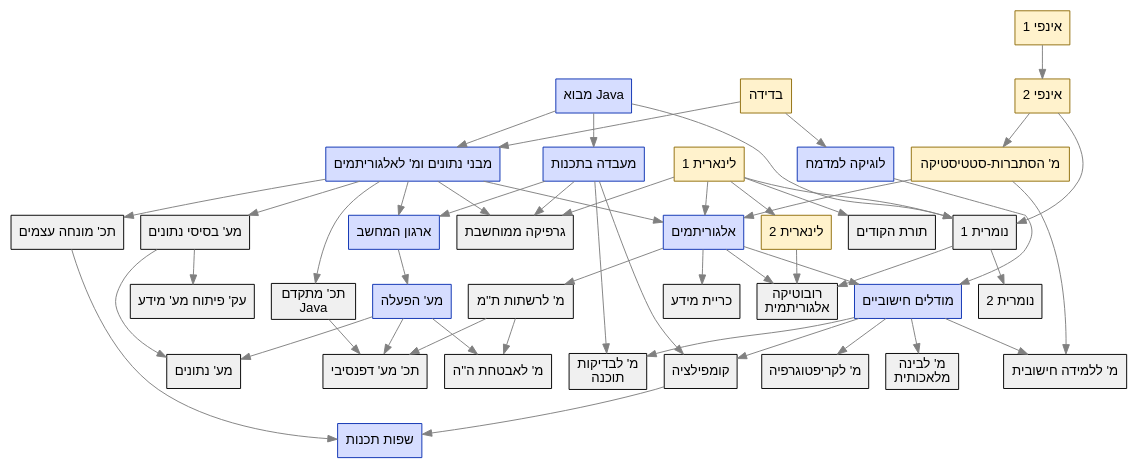
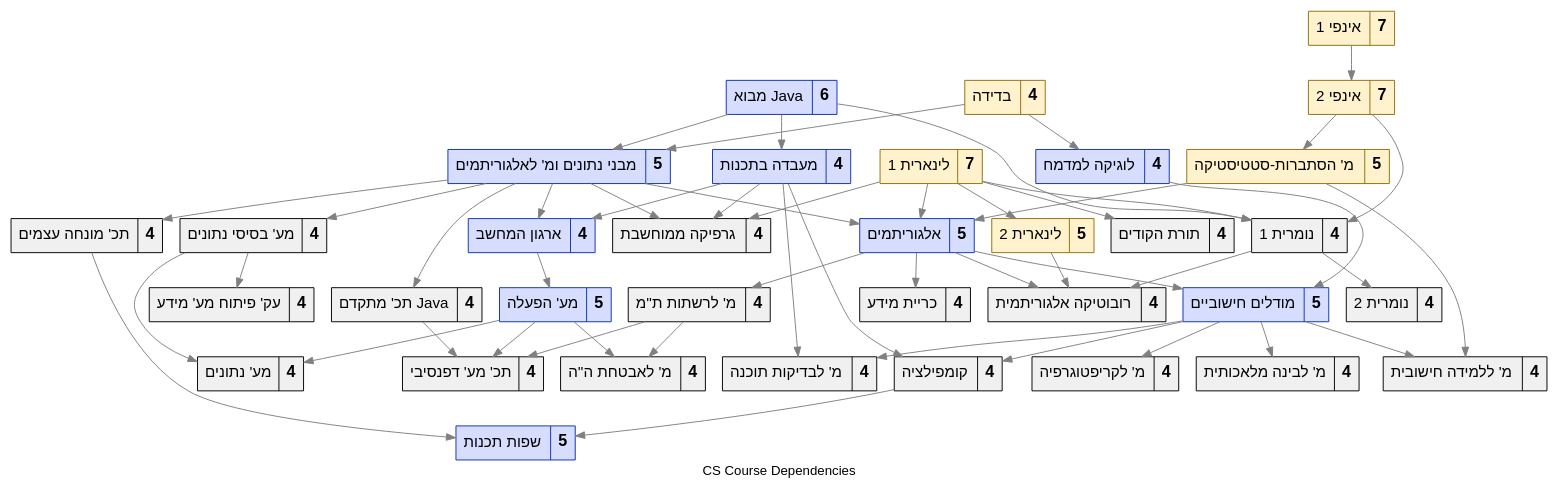
One commit to adielBm/cs-course-dependencies changed the diagram in diagram.dot. Above: the diagram before and after it, drawn with Graphviz. The commit also changed 4 other files, not shown here.

```diff
--- a/diagram.dot
+++ b/diagram.dot
@@ -1,97 +1,101 @@
-digraph CoursesDiagram {
+digraph CS_Course_Dependencies {
     rankdir=TD;
-    node [shape=box, style="filled",fontname="Arial"];
+   label="CS Course Dependencies";
+   fontname="Arial";
+   tooltip=" " ;
+   URL="https://github.com/adielbm/CS-Course-Dependencies" ;
+    node [shape=box, style="filled",fontname="Arial" , fontsize=16];
     edge [color="gray", penwidth=1];
 
     // Math courses
-    node [fillcolor="#FFF2CC", color="#916f0c"];
-    "20476" [label="בדידה", URL="https://www.openu.ac.il/courses/20476.htm"];
-    "20474" [label="אינפי 1", URL="https://www.openu.ac.il/courses/20474.htm"];
-    "20475" [label="אינפי 2", URL="https://www.openu.ac.il/courses/20475.htm"];
-    "20109" [label="לינארית 1", URL="https://www.openu.ac.il/courses/20109.htm"];
-    "20229" [label="לינארית 2", URL="https://www.openu.ac.il/courses/20229.htm"];
-    "20425" [label="מ' הסתברות-סטטיסטיקה ", URL="https://www.openu.ac.il/courses/20425.htm"];
+    node [fillcolor="#FFF2CC", color="#916f0c", shape=record];
+    "20476" [tooltip="20476" label=<בדידה| <font POINT-SIZE="17"><b>4</b></font>>, URL="https://www.openu.ac.il/courses/20476.htm"];
+    "20474" [tooltip="20474" label=<אינפי 1| <font POINT-SIZE="17"><b>7</b></font>>, URL="https://www.openu.ac.il/courses/20474.htm"];
+    "20475" [tooltip="20475" label=<אינפי 2| <font POINT-SIZE="17"><b>7</b></font>>, URL="https://www.openu.ac.il/courses/20475.htm"];
+    "20109" [tooltip="20109" label=<לינארית 1| <font POINT-SIZE="17"><b>7</b></font>>, URL="https://www.openu.ac.il/courses/20109.htm"];
+    "20229" [tooltip="20229" label=<לינארית 2| <font POINT-SIZE="17"><b>5</b></font>>, URL="https://www.openu.ac.il/courses/20229.htm"];
+    "20425" [tooltip="20425" label=<מ' הסתברות-סטטיסטיקה| <font POINT-SIZE="17"><b>5</b></font>>, URL="https://www.openu.ac.il/courses/20425.htm"];
 
-    // CS courses
-    node [fillcolor="#d6ddff", color="#0D32B2"];
-    "20407" [label="מבני נתונים ומ' לאלגוריתמים", URL="https://www.openu.ac.il/courses/20407.htm"];
-    "20905" [label="שפות תכנות", URL="https://www.openu.ac.il/courses/20905.htm"];
-    "20471" [label="ארגון המחשב", URL="https://www.openu.ac.il/courses/20471.htm"];
-    "20441" [label="מבוא Java", URL="https://www.openu.ac.il/courses/20441.htm"];
-    "20465" [label="מעבדה בתכנות", URL="https://www.openu.ac.il/courses/20465.htm",    ];    
-    "20417" [label="אלגוריתמים", URL="https://www.openu.ac.il/courses/20417.htm"];
-    "20604" [label="מודלים חישוביים", URL="https://www.openu.ac.il/courses/20604.htm"];
-    "20466" [label="לוגיקה למדמח", URL="https://www.openu.ac.il/courses/20466.htm"];
-    "20594" [label="מע' הפעלה", URL="https://www.openu.ac.il/courses/20594.htm"];
+    // Cs courses
+    node [fillcolor="#d6ddff", color="#0D32B2", shape=record];
+    "20407" [tooltip="20407" label=<מבני נתונים ומ' לאלגוריתמים| <font POINT-SIZE="17"><b>5</b></font>>, URL="https://www.openu.ac.il/courses/20407.htm"];
+    "20905" [tooltip="20905" label=<שפות תכנות| <font POINT-SIZE="17"><b>5</b></font>>, URL="https://www.openu.ac.il/courses/20905.htm"];
+    "20471" [tooltip="20471" label=<ארגון המחשב| <font POINT-SIZE="17"><b>4</b></font>>, URL="https://www.openu.ac.il/courses/20471.htm"];
+    "20441" [tooltip="20441" label=<מבוא Java| <font POINT-SIZE="17"><b>6</b></font>>, URL="https://www.openu.ac.il/courses/20441.htm"];
+    "20465" [tooltip="20465" label=<מעבדה בתכנות| <font POINT-SIZE="17"><b>4</b></font>>, URL="https://www.openu.ac.il/courses/20465.htm"];
+    "20417" [tooltip="20417" label=<אלגוריתמים| <font POINT-SIZE="17"><b>5</b></font>>, URL="https://www.openu.ac.il/courses/20417.htm"];
+    "20604" [tooltip="20604" label=<מודלים חישוביים| <font POINT-SIZE="17"><b>5</b></font>>, URL="https://www.openu.ac.il/courses/20604.htm"];
+    "20466" [tooltip="20466" label=<לוגיקה למדמח| <font POINT-SIZE="17"><b>4</b></font>>, URL="https://www.openu.ac.il/courses/20466.htm"];
+    "20594" [tooltip="20594" label=<מע' הפעלה| <font POINT-SIZE="17"><b>5</b></font>>, URL="https://www.openu.ac.il/courses/20594.htm"];
 
     // Elective courses
-    node [fillcolor="#f0f0f0", color="black"];
-    "20940" [label="מ' לאבטחת ה''ה", URL="https://www.openu.ac.il/courses/20940.htm"];
-    "20595" [label="כריית מידע", URL="https://www.openu.ac.il/courses/20595.htm"];
-    "20946" [label="מ' לבדיקות\nתוכנה", URL="https://www.openu.ac.il/courses/20946.htm"];
-    "20296" [label="תורת הקודים", URL="https://www.openu.ac.il/courses/20296.htm"];
-    "20551" [label="מ' לבינה\nמלאכותית", URL="https://www.openu.ac.il/courses/20551.htm"];
-    "20942" [label="מ' ללמידה חישובית", URL="https://www.openu.ac.il/courses/20942.htm"];
-    "20277" [label="מע' בסיסי נתונים", URL="https://www.openu.ac.il/courses/20277.htm"];
-    "20582" [label="מ' לרשתות ת''מ", URL="https://www.openu.ac.il/courses/20582.htm"];
-    "20944" [label="רובוטיקה\nאלגוריתמית", URL="https://www.openu.ac.il/courses/20944.htm"];
-    "20554" [label="תכ' מתקדם \n Java", URL="https://www.openu.ac.il/courses/20554.htm"];
-    "20462" [label="נומרית 1", URL="https://www.openu.ac.il/courses/20462.htm"];
-    "20900" [label="נומרית 2", URL="https://www.openu.ac.il/courses/20900.htm"];
-    "20937" [label="תכ' מע' דפנסיבי", URL="https://www.openu.ac.il/courses/20937.htm"];
-    "20562" [label="גרפיקה ממוחשבת", URL="https://www.openu.ac.il/courses/20562.htm"];
-    "20580" [label="מ' לקריפטוגרפיה", URL="https://www.openu.ac.il/courses/20580.htm"];
-    "20436" [label="עק' פיתוח מע' מידע", URL="https://www.openu.ac.il/courses/20436.htm"];
-    "20906" [label="תכ' מונחה עצמים", URL="https://www.openu.ac.il/courses/20906.htm"];
-    "20364" [label="קומפילציה", URL="https://www.openu.ac.il/courses/20364.htm"];
-    "20574" [label="מע' נתונים", URL="https://www.openu.ac.il/courses/20574.htm"];
-
-    // Edges
+    node [fillcolor="#f0f0f0", color="black", shape=record];
+    "20940" [tooltip="20940" label=<מ' לאבטחת ה''ה| <font POINT-SIZE="17"><b>4</b></font>>, URL="https://www.openu.ac.il/courses/20940.htm"];
+    "20595" [tooltip="20595" label=<כריית מידע| <font POINT-SIZE="17"><b>4</b></font>>, URL="https://www.openu.ac.il/courses/20595.htm"];
+    "20946" [tooltip="20946" label=<מ' לבדיקות תוכנה| <font POINT-SIZE="17"><b>4</b></font>>, URL="https://www.openu.ac.il/courses/20946.htm"];
+    "20296" [tooltip="20296" label=<תורת הקודים| <font POINT-SIZE="17"><b>4</b></font>>, URL="https://www.openu.ac.il/courses/20296.htm"];
+    "20551" [tooltip="20551" label=<מ' לבינה מלאכותית| <font POINT-SIZE="17"><b>4</b></font>>, URL="https://www.openu.ac.il/courses/20551.htm"];
+    "20942" [tooltip="20942" label=<מ' ללמידה חישובית| <font POINT-SIZE="17"><b>4</b></font>>, URL="https://www.openu.ac.il/courses/20942.htm"];
+    "20277" [tooltip="20277" label=<מע' בסיסי נתונים| <font POINT-SIZE="17"><b>4</b></font>>, URL="https://www.openu.ac.il/courses/20277.htm"];
+    "20582" [tooltip="20582" label=<מ' לרשתות ת''מ| <font POINT-SIZE="17"><b>4</b></font>>, URL="https://www.openu.ac.il/courses/20582.htm"];
+    "20944" [tooltip="20944" label=<רובוטיקה אלגוריתמית| <font POINT-SIZE="17"><b>4</b></font>>, URL="https://www.openu.ac.il/courses/20944.htm"];
+    "20554" [tooltip="20554" label=<תכ' מתקדם Java| <font POINT-SIZE="17"><b>4</b></font>>, URL="https://www.openu.ac.il/courses/20554.htm"];
+    "20462" [tooltip="20462" label=<נומרית 1| <font POINT-SIZE="17"><b>4</b></font>>, URL="https://www.openu.ac.il/courses/20462.htm"];
+    "20900" [tooltip="20900" label=<נומרית 2| <font POINT-SIZE="17"><b>4</b></font>>, URL="https://www.openu.ac.il/courses/20900.htm"];
+    "20937" [tooltip="20937" label=<תכ' מע' דפנסיבי| <font POINT-SIZE="17"><b>4</b></font>>, URL="https://www.openu.ac.il/courses/20937.htm"];
+    "20562" [tooltip="20562" label=<גרפיקה ממוחשבת| <font POINT-SIZE="17"><b>4</b></font>>, URL="https://www.openu.ac.il/courses/20562.htm"];
+    "20580" [tooltip="20580" label=<מ' לקריפטוגרפיה| <font POINT-SIZE="17"><b>4</b></font>>, URL="https://www.openu.ac.il/courses/20580.htm"];
+    "20436" [tooltip="20436" label=<עק' פיתוח מע' מידע| <font POINT-SIZE="17"><b>4</b></font>>, URL="https://www.openu.ac.il/courses/20436.htm"];
+    "20906" [tooltip="20906" label=<תכ' מונחה עצמים| <font POINT-SIZE="17"><b>4</b></font>>, URL="https://www.openu.ac.il/courses/20906.htm"];
+    "20364" [tooltip="20364" label=<קומפילציה| <font POINT-SIZE="17"><b>4</b></font>>, URL="https://www.openu.ac.il/courses/20364.htm"];
+    "20574" [tooltip="20574" label=<מע' נתונים| <font POINT-SIZE="17"><b>4</b></font>>, URL="https://www.openu.ac.il/courses/20574.htm"];
     "20441" -> "20407";
     "20465" -> "20471";
     "20441" -> "20465";
     "20594" -> "20940";
-    "20474" -> "20475" -> "20425";
+    "20474" -> "20475";
+    "20475" -> "20425";
     "20466" -> "20604";
     "20476" -> "20466";
     "20407" -> "20277";
     "20604" -> "20942";
     "20471" -> "20594";
     "20109" -> "20296";
     "20109" -> "20229";
     "20425" -> "20417";
     "20109" -> "20417";
-    "20407" -> "20417" -> "20604";
+    "20407" -> "20417";
+    "20417" -> "20604";
     "20417" -> "20595";
     "20582" -> "20940";
     "20604" -> "20551";
     "20417" -> "20582";
     "20476" -> "20407";
     "20465" -> "20946";
     "20465" -> "20364";
     "20407" -> "20471";
     "20604" -> "20946";
     "20417" -> "20944";
     "20277" -> "20436";
     "20594" -> "20574";
     "20441" -> "20462";
     "20475" -> "20462";
     "20109" -> "20462";
     "20407" -> "20554";
     "20594" -> "20937";
     "20582" -> "20937";
     "20109" -> "20562";
     "20465" -> "20562";
     "20407" -> "20562";
     "20604" -> "20580";
     "20554" -> "20937";
     "20407" -> "20906";
     "20604" -> "20364";
     "20277" -> "20574";
     "20425" -> "20942";
     "20462" -> "20900";
     "20462" -> "20944";
     "20906" -> "20905";
     "20364" -> "20905";
     "20229" -> "20944";
 }
```
